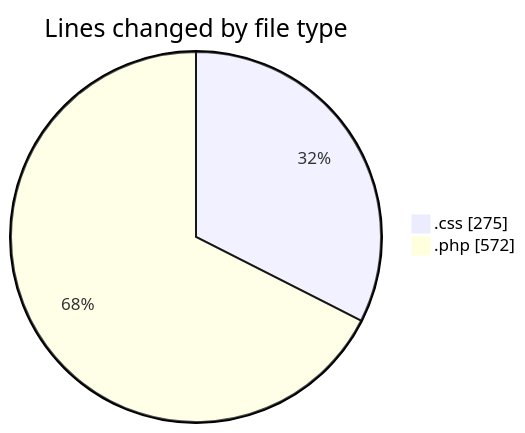
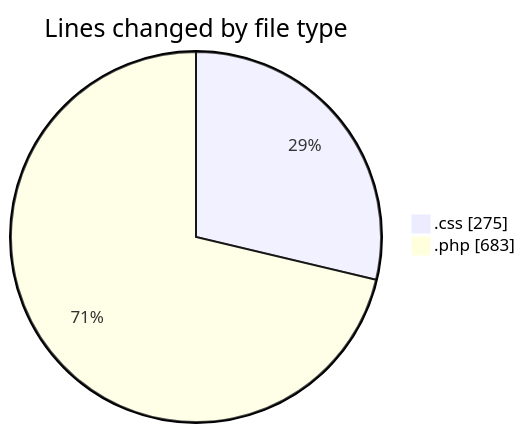
One commit to momahboobian/code-tracking changed the first of 2 diagrams in 2026-03-20/designexo-child/README.md. Above: the diagram before and after it, drawn with Mermaid. The commit also changed other lines of this file and 1 other file, not shown here.

````diff
--- a/2026-03-20/designexo-child/README.md
+++ b/2026-03-20/designexo-child/README.md
@@ -28,6 +28,6 @@
 ```mermaid
 pie showData
 title Lines changed by file type
 ".css" : 275
-".php" : 572
+".php" : 683
 ```
````
